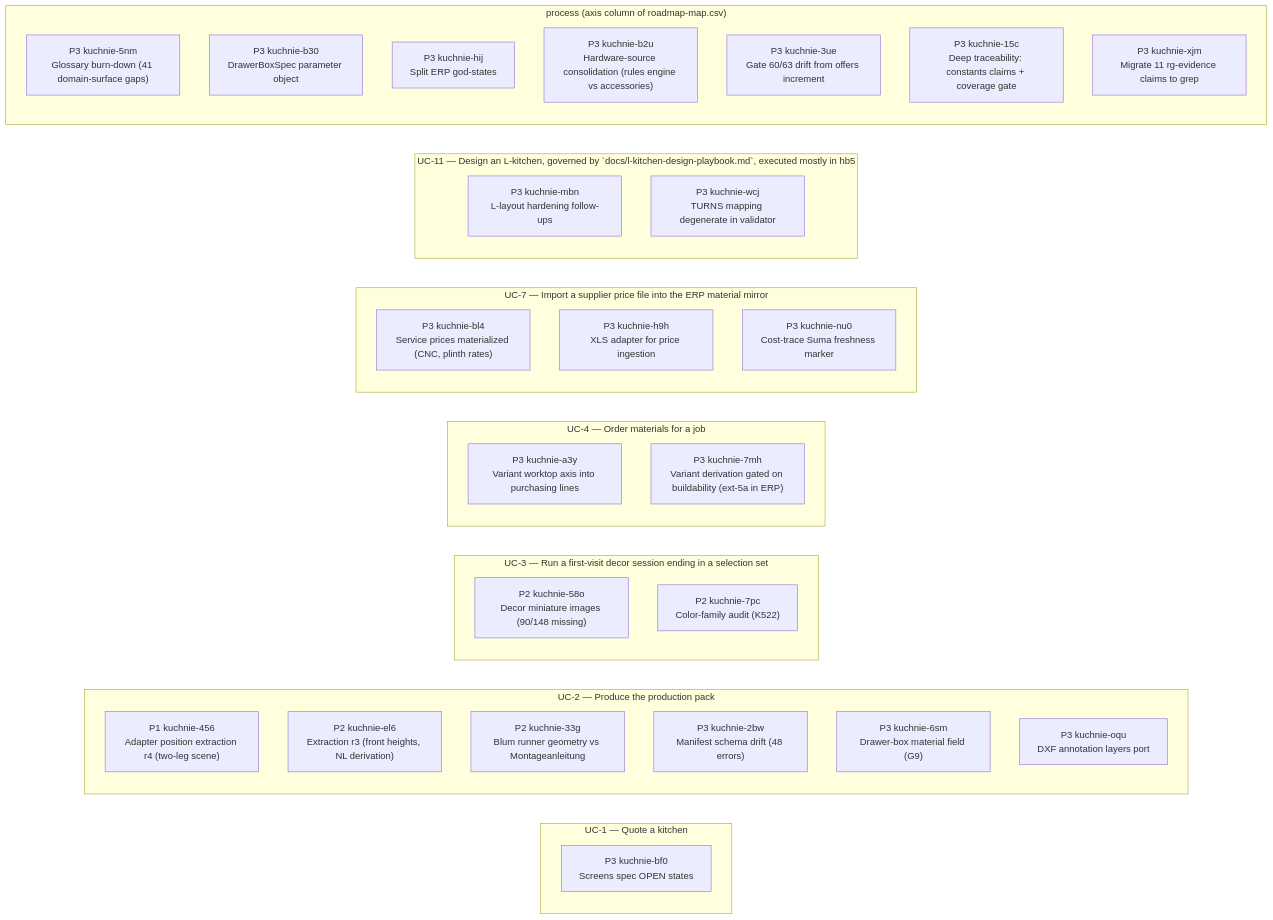
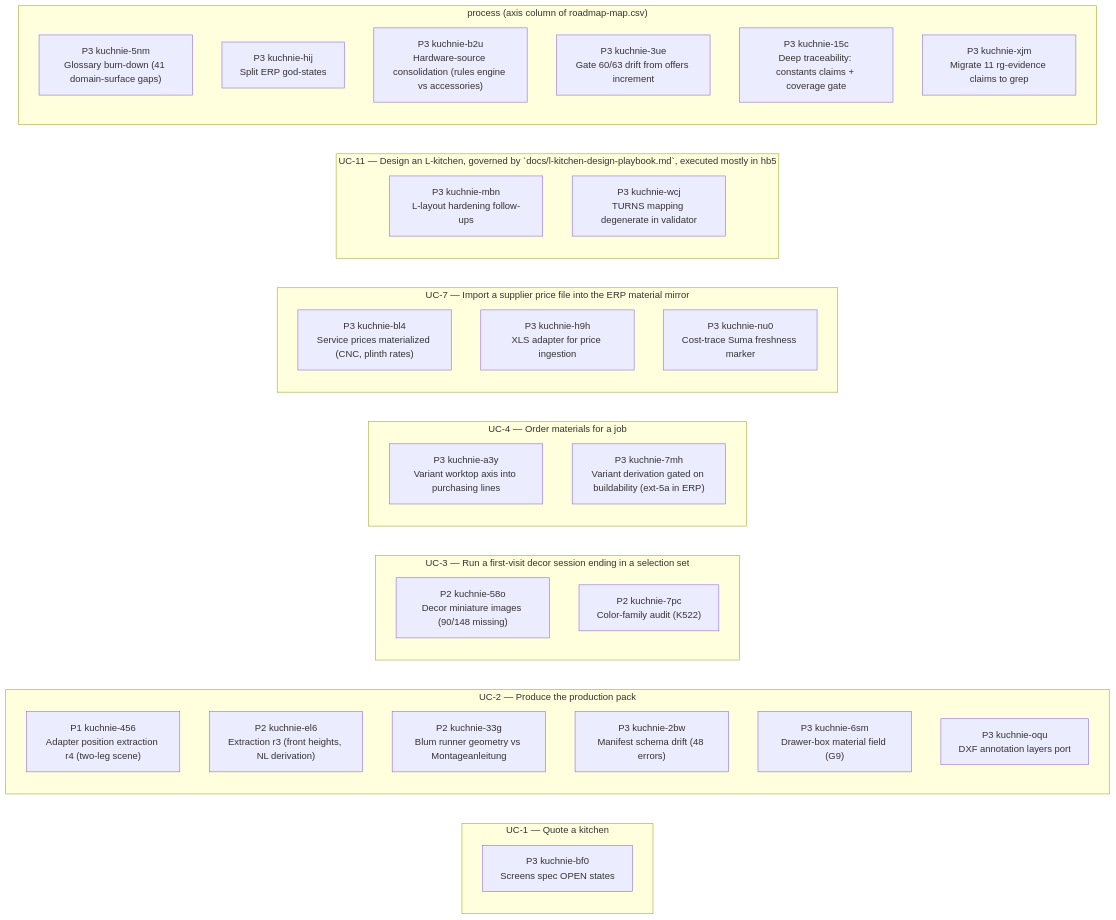
Before and after one commit to m1981/kuchnie: the second of 2 diagrams in STATUS.md, drawn with Mermaid. The commit also changed other lines of this file and 3 other files, not shown here.

First line of the commit message:
integrate kuchnie-27b + kuchnie-b30: DrawerBoxSpec, one stacking loop, and a real drilling defect fixed

````diff
--- a/STATUS.md
+++ b/STATUS.md
@@ -173,40 +168,39 @@
 ```mermaid
 flowchart LR
     subgraph gUC_1 ["UC-1 — Quote a kitchen"]
         u_kuchnie_bf0["P3 kuchnie-bf0<br/>Screens spec OPEN states"]
     end
     subgraph gUC_2 ["UC-2 — Produce the production pack"]
         u_kuchnie_456["P1 kuchnie-456<br/>Adapter position extraction r4 (two-leg scene)"]
         u_kuchnie_el6["P2 kuchnie-el6<br/>Extraction r3 (front heights, NL derivation)"]
         u_kuchnie_33g["P2 kuchnie-33g<br/>Blum runner geometry vs Montageanleitung"]
         u_kuchnie_2bw["P3 kuchnie-2bw<br/>Manifest schema drift (48 errors)"]
         u_kuchnie_6sm["P3 kuchnie-6sm<br/>Drawer-box material field (G9)"]
         u_kuchnie_oqu["P3 kuchnie-oqu<br/>DXF annotation layers port"]
     end
     subgraph gUC_3 ["UC-3 — Run a first-visit decor session ending in a selection set"]
         u_kuchnie_58o["P2 kuchnie-58o<br/>Decor miniature images (90/148 missing)"]
         u_kuchnie_7pc["P2 kuchnie-7pc<br/>Color-family audit (K522)"]
     end
     subgraph gUC_4 ["UC-4 — Order materials for a job"]
         u_kuchnie_a3y["P3 kuchnie-a3y<br/>Variant worktop axis into purchasing lines"]
         u_kuchnie_7mh["P3 kuchnie-7mh<br/>Variant derivation gated on buildability (ext-5a in ERP)"]
     end
     subgraph gUC_7 ["UC-7 — Import a supplier price file into the ERP material mirror"]
         u_kuchnie_bl4["P3 kuchnie-bl4<br/>Service prices materialized (CNC, plinth rates)"]
         u_kuchnie_h9h["P3 kuchnie-h9h<br/>XLS adapter for price ingestion"]
         u_kuchnie_nu0["P3 kuchnie-nu0<br/>Cost-trace Suma freshness marker"]
     end
     subgraph gUC_11 ["UC-11 — Design an L-kitchen, governed by `docs/l-kitchen-design-playbook.md`, executed mostly in hb5"]
         u_kuchnie_mbn["P3 kuchnie-mbn<br/>L-layout hardening follow-ups"]
         u_kuchnie_wcj["P3 kuchnie-wcj<br/>TURNS mapping degenerate in validator"]
     end
     subgraph g_none ["process (axis column of roadmap-map.csv)"]
         u_kuchnie_5nm["P3 kuchnie-5nm<br/>Glossary burn-down (41 domain-surface gaps)"]
-        u_kuchnie_b30["P3 kuchnie-b30<br/>DrawerBoxSpec parameter object"]
         u_kuchnie_hij["P3 kuchnie-hij<br/>Split ERP god-states"]
         u_kuchnie_b2u["P3 kuchnie-b2u<br/>Hardware-source consolidation (rules engine vs accessories)"]
         u_kuchnie_3ue["P3 kuchnie-3ue<br/>Gate 60/63 drift from offers increment"]
         u_kuchnie_15c["P3 kuchnie-15c<br/>Deep traceability: constants claims + coverage gate"]
         u_kuchnie_xjm["P3 kuchnie-xjm<br/>Migrate 11 rg-evidence claims to grep"]
     end
 ```
````
